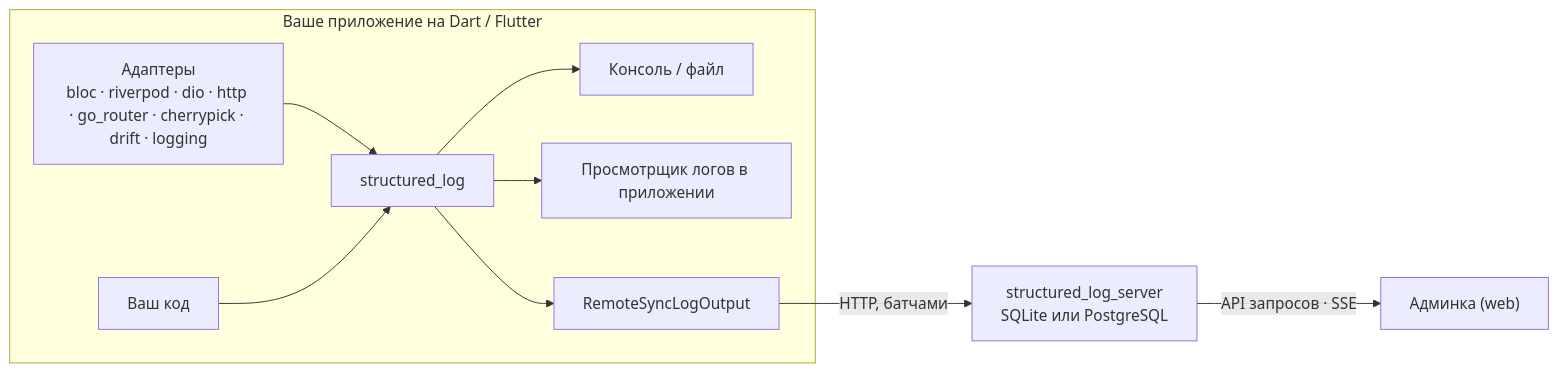
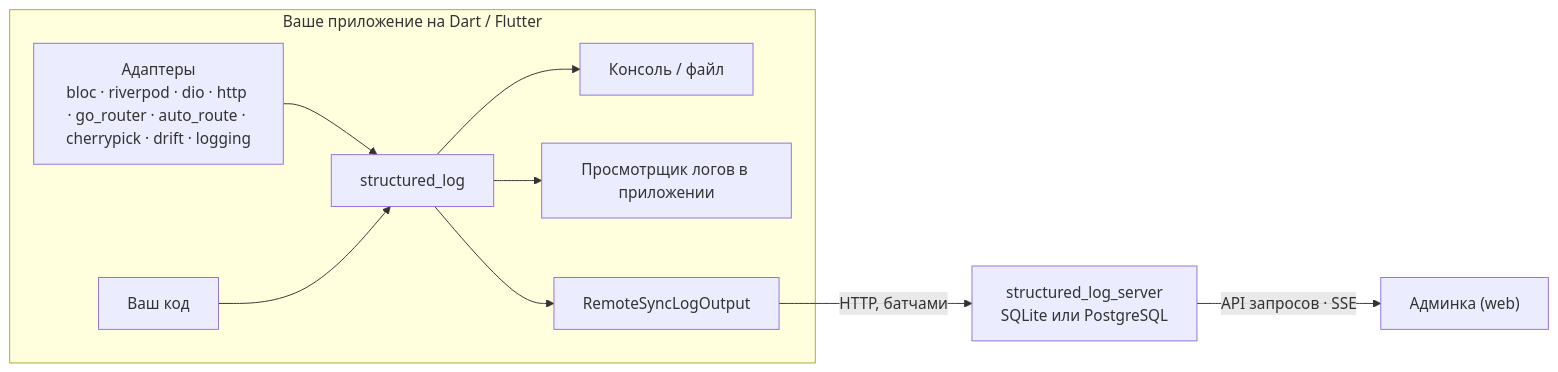
Before and after one commit to pese-git/structured_log: the diagram in README.ru.md, drawn with Mermaid. The commit also changed other lines of this file and 39 other files, not shown here.

First line of the commit message:
docs(structured_log_auto_route): document the package and list it in the family

````diff
--- a/README.ru.md
+++ b/README.ru.md
@@ -112,12 +113,12 @@
 ```mermaid
 flowchart LR
   subgraph app["Ваше приложение на Dart / Flutter"]
-    A["Адаптеры<br/>bloc · riverpod · dio · http · go_router · cherrypick · drift · logging"] --> C["structured_log"]
+    A["Адаптеры<br/>bloc · riverpod · dio · http · go_router · auto_route · cherrypick · drift · logging"] --> C["structured_log"]
     Y["Ваш код"] --> C
     C --> O["Консоль / файл"]
     C --> V["Просмотрщик логов в приложении"]
     C --> R["RemoteSyncLogOutput"]
   end
   R -- "HTTP, батчами" --> S["structured_log_server<br/>SQLite или PostgreSQL"]
   S -- "API запросов · SSE" --> W["Админка (web)"]
 ```
````
